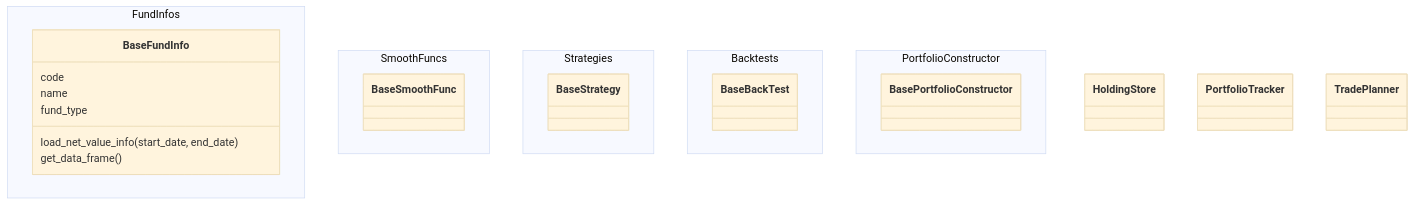
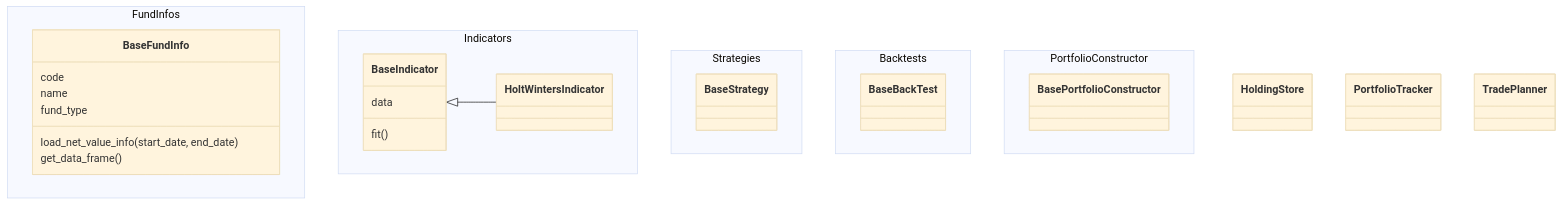
Before and after one commit to WXYS1209/DFFC-FundModel: the diagram in notes/structure.md, drawn with Mermaid (base theme). The commit also changed 8 other files, not shown here.

````diff
--- a/notes/structure.md
+++ b/notes/structure.md
@@ -3,34 +3,39 @@
 ```mermaid
 classDiagram
     namespace FundInfos {
-        class BaseFundInfo{
+        class BaseFundInfo {
             code
             name
             fund_type
             load_net_value_info(start_date, end_date)
             get_data_frame()
         }
     }
 
-    namespace SmoothFuncs {
-        class BaseSmoothFunc
+    namespace Indicators {
+        class BaseIndicator {
+            data
+            fit()
+        }
+        class HoltWintersIndicator
     }
+    BaseIndicator <|-- HoltWintersIndicator
 
     namespace Strategies {
         class BaseStrategy
     }
 
     namespace Backtests {
         class BaseBackTest
     }
 
     class HoldingStore
 
     class PortfolioTracker
-    
+
     class TradePlanner
 
     namespace PortfolioConstructor {
         class BasePortfolioConstructor
     }
 ```
````
